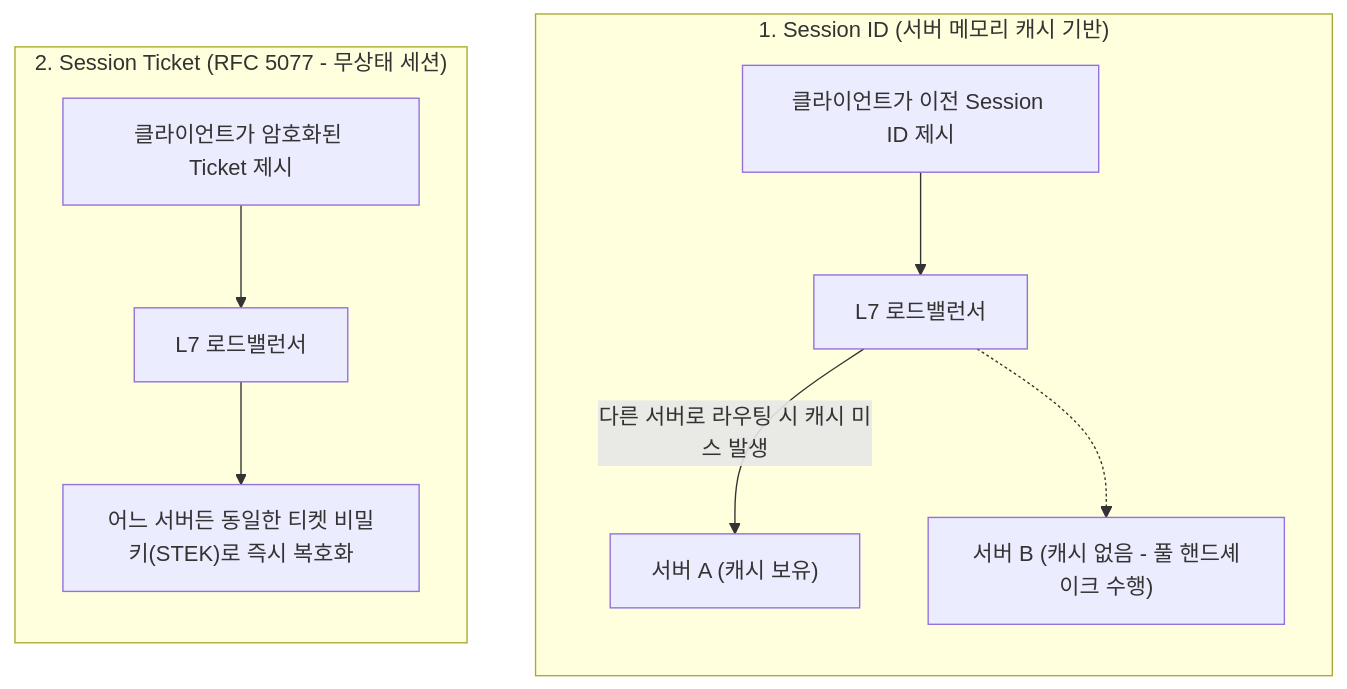
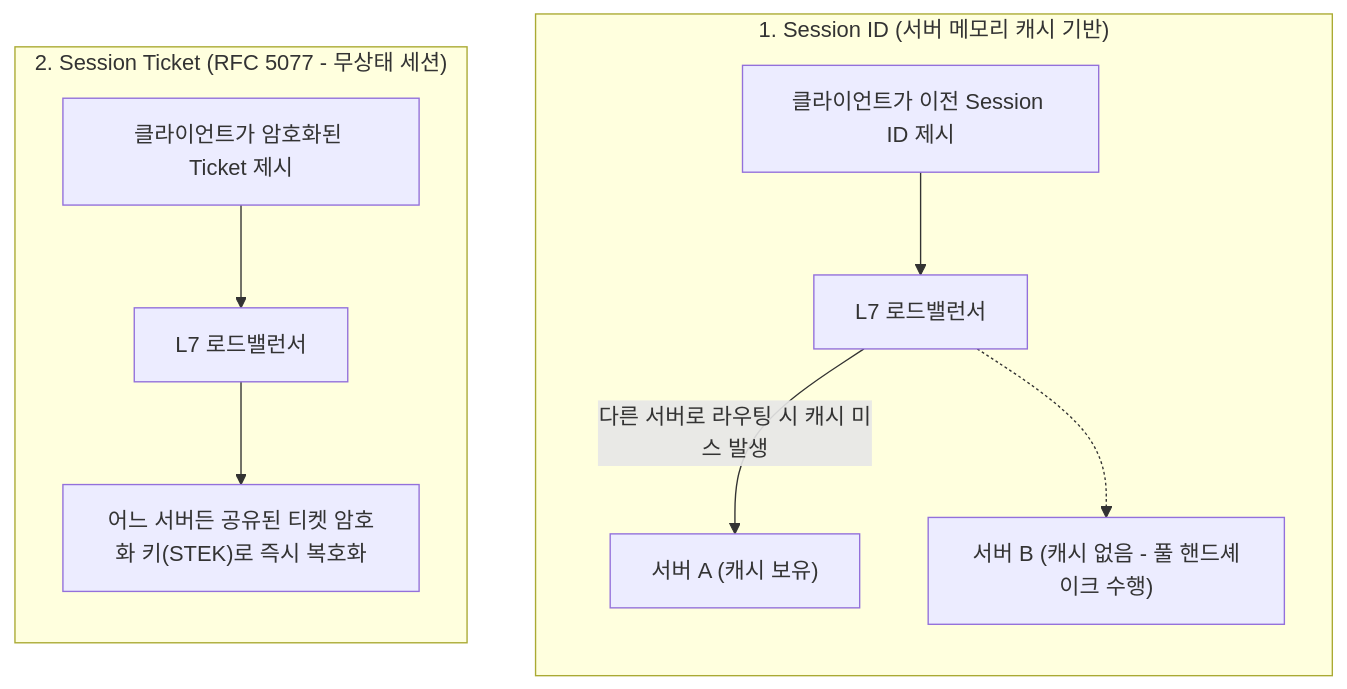
Diagram 12 of 13 in src/content/posts/tls-ssl-handshake-and-https-deep-dive.md (studylida/studylida.github.io), drawn with Mermaid before and after one commit. The commit also changed other lines of this file and 4 other files, not shown here.

Commit message:
refactor(posts): polish phase 1 network, pydantic, and roadmap posts

````diff
--- a/src/content/posts/tls-ssl-handshake-and-https-deep-dive.md
+++ b/src/content/posts/tls-ssl-handshake-and-https-deep-dive.md
@@ -534,15 +476,15 @@
 ```mermaid
 flowchart TD
     subgraph SessionID ["1. Session ID (서버 메모리 캐시 기반)"]
         direction TB
         ID_Client["클라이언트가 이전 Session ID 제시"] --> ID_LB["L7 로드밸런서"]
         ID_LB -->|"다른 서버로 라우팅 시 캐시 미스 발생"| S_A["서버 A (캐시 보유)"]
         ID_LB -.-> S_B["서버 B (캐시 없음 - 풀 핸드셰이크 수행)"]
     end
 
     subgraph SessionTicket ["2. Session Ticket (RFC 5077 - 무상태 세션)"]
         direction TB
         TK_Client["클라이언트가 암호화된 Ticket 제시"] --> TK_LB["L7 로드밸런서"]
-        TK_LB --> ST_Any["어느 서버든 동일한 티켓 비밀키(STEK)로 즉시 복호화"]
+        TK_LB --> ST_Any["어느 서버든 공유된 티켓 암호화 키(STEK)로 즉시 복호화"]
     end
 ```
````
